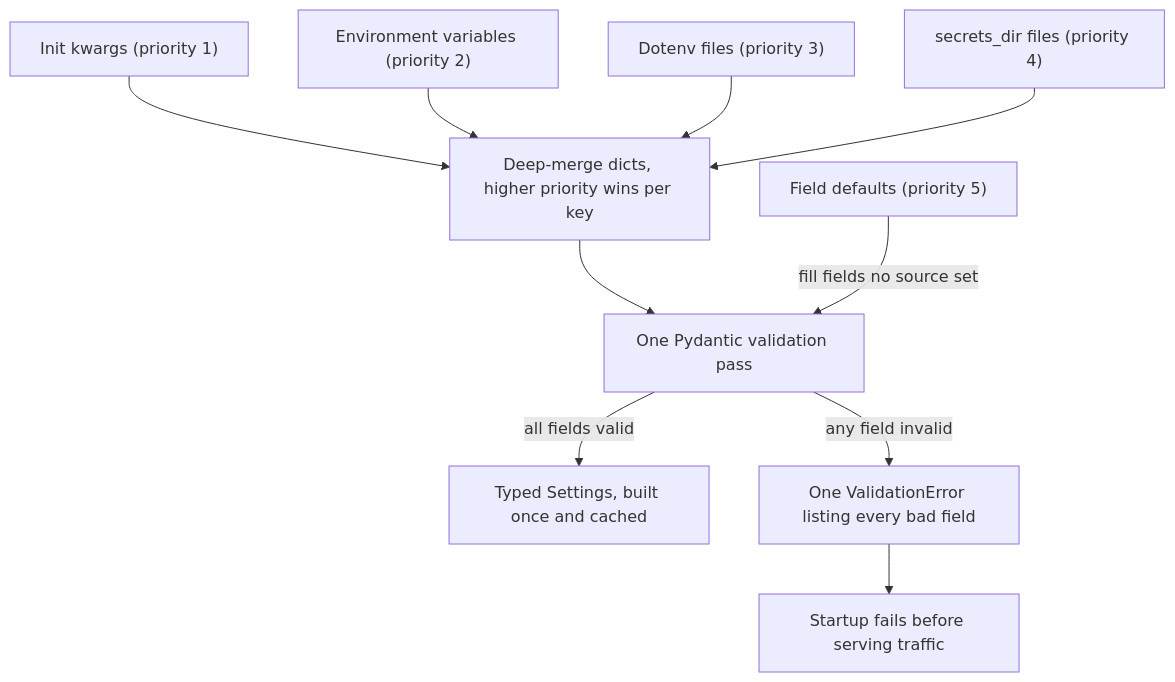
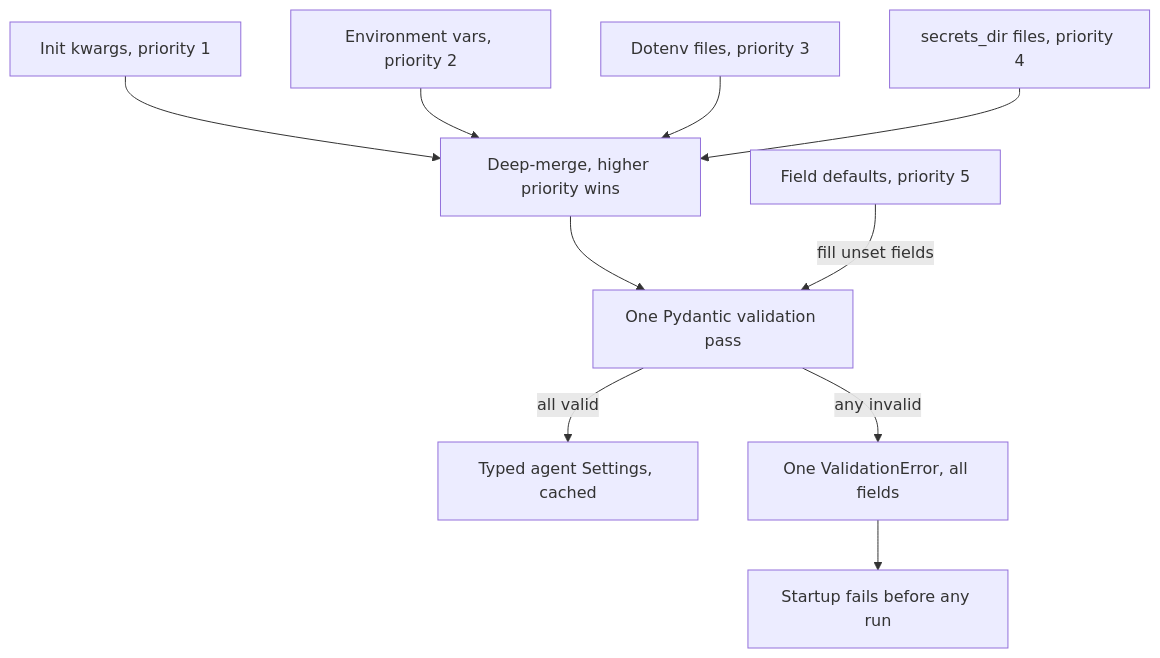
One commit to lovishmahajan97/agentic-learning changed the diagram in content/python-for-ai/pydantic-settings.md. Above: the diagram before and after it, drawn with Mermaid. The commit also changed other lines of this file and 266 other files, not shown here.

````diff
--- a/content/python-for-ai/pydantic-settings.md
+++ b/content/python-for-ai/pydantic-settings.md
@@ -109,12 +123,12 @@
 ```mermaid
 flowchart TD
-    I["Init kwargs (priority 1)"] --> M["Deep-merge dicts, higher priority wins per key"]
-    E["Environment variables (priority 2)"] --> M
-    D["Dotenv files (priority 3)"] --> M
-    S["secrets_dir files (priority 4)"] --> M
+    I["Init kwargs, priority 1"] --> M["Deep-merge, higher priority wins"]
+    E["Environment vars, priority 2"] --> M
+    D["Dotenv files, priority 3"] --> M
+    S["secrets_dir files, priority 4"] --> M
     M --> V["One Pydantic validation pass"]
-    F["Field defaults (priority 5)"] -->|"fill fields no source set"| V
-    V -->|"all fields valid"| OK["Typed Settings, built once and cached"]
-    V -->|"any field invalid"| ERR["One ValidationError listing every bad field"]
-    ERR --> X["Startup fails before serving traffic"]
+    F["Field defaults, priority 5"] -->|"fill unset fields"| V
+    V -->|"all valid"| OK["Typed agent Settings, cached"]
+    V -->|"any invalid"| ERR["One ValidationError, all fields"]
+    ERR --> X["Startup fails before any run"]
 ```
````
